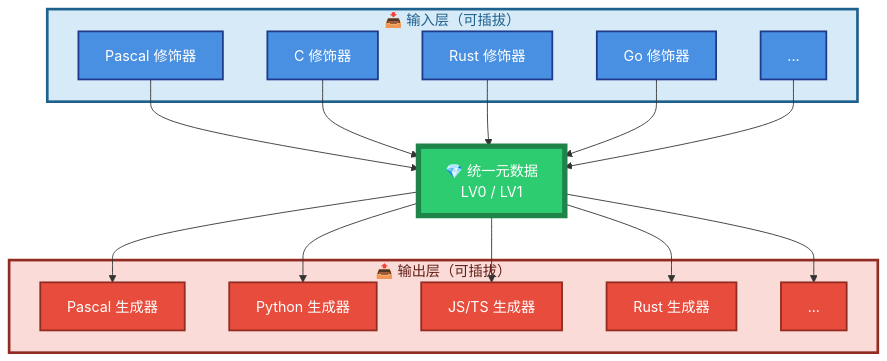
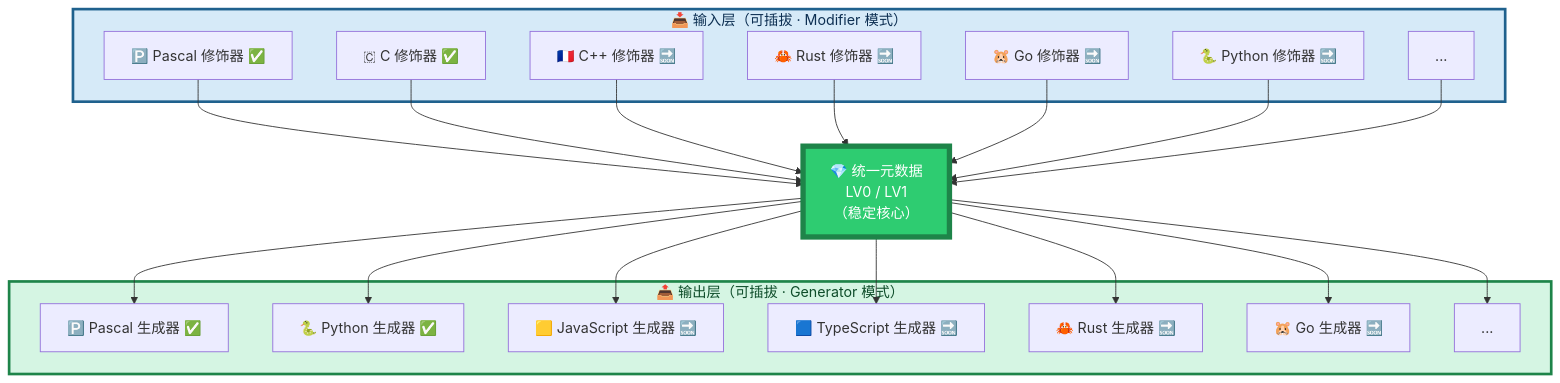
Before and after one commit to PassByYou888/LingoFuse-pasAgent: diagram 32 of 46 in code_generate_mcp.md, drawn with Mermaid. The commit also changed other lines of this file, not shown here.

````diff
--- a/code_generate_mcp.md
+++ b/code_generate_mcp.md
@@ -573,45 +1013,43 @@
 ```mermaid
 flowchart TB
-    subgraph Input["📥 输入层（可插拔）"]
-        I1["Pascal 修饰器"]
-        I2["C 修饰器"]
-        I3["Rust 修饰器"]
-        I4["Go 修饰器"]
-        I5["..."]
+    subgraph Input["📥 输入层（可插拔 · Modifier 模式）"]
+        I1["🅿️ Pascal 修饰器 ✅"]
+        I2["🇨 C 修饰器 ✅"]
+        I3["🇨🇵 C++ 修饰器 🔜"]
+        I4["🦀 Rust 修饰器 🔜"]
+        I5["🐹 Go 修饰器 🔜"]
+        I6["🐍 Python 修饰器 🔜"]
+        I7["..."]
     end
 
-    M["💎 统一元数据<br/>LV0 / LV1"]
+    M["💎 统一元数据<br/>LV0 / LV1<br/>（稳定核心）"]
 
-    subgraph Output["📤 输出层（可插拔）"]
-        O1["Pascal 生成器"]
-        O2["Python 生成器"]
-        O3["JS/TS 生成器"]
-        O4["Rust 生成器"]
-        O5["..."]
+    subgraph Output["📤 输出层（可插拔 · Generator 模式）"]
+        O1["🅿️ Pascal 生成器 ✅"]
+        O2["🐍 Python 生成器 ✅"]
+        O3["🟨 JavaScript 生成器 🔜"]
+        O4["🟦 TypeScript 生成器 🔜"]
+        O5["🦀 Rust 生成器 🔜"]
+        O6["🐹 Go 生成器 🔜"]
+        O7["..."]
     end
 
     I1 --> M
     I2 --> M
     I3 --> M
     I4 --> M
     I5 --> M
+    I6 --> M
+    I7 --> M
     M --> O1
     M --> O2
     M --> O3
     M --> O4
     M --> O5
+    M --> O6
+    M --> O7
 
     style M fill:#2ECC71,stroke:#1E8449,stroke-width:6px,color:#FFFFFF
-    style Input fill:#D6EAF8,stroke:#1F618D,stroke-width:3px,color:#1F618D
-    style Output fill:#FADBD8,stroke:#922B21,stroke-width:3px,color:#641E16
-    style I1 fill:#4A90E2,stroke:#1E3A8A,stroke-width:2px,color:#FFFFFF
-    style I2 fill:#4A90E2,stroke:#1E3A8A,stroke-width:2px,color:#FFFFFF
-    style I3 fill:#4A90E2,stroke:#1E3A8A,stroke-width:2px,color:#FFFFFF
-    style I4 fill:#4A90E2,stroke:#1E3A8A,stroke-width:2px,color:#FFFFFF
-    style I5 fill:#4A90E2,stroke:#1E3A8A,stroke-width:2px,color:#FFFFFF
-    style O1 fill:#E74C3C,stroke:#922B21,stroke-width:2px,color:#FFFFFF
-    style O2 fill:#E74C3C,stroke:#922B21,stroke-width:2px,color:#FFFFFF
-    style O3 fill:#E74C3C,stroke:#922B21,stroke-width:2px,color:#FFFFFF
-    style O4 fill:#E74C3C,stroke:#922B21,stroke-width:2px,color:#FFFFFF
-    style O5 fill:#E74C3C,stroke:#922B21,stroke-width:2px,color:#FFFFFF
+    style Input fill:#D6EAF8,stroke:#1F618D,stroke-width:3px,color:#0D2F52
+    style Output fill:#D5F5E3,stroke:#1E8449,stroke-width:3px,color:#0E4D2A
 ```
````
